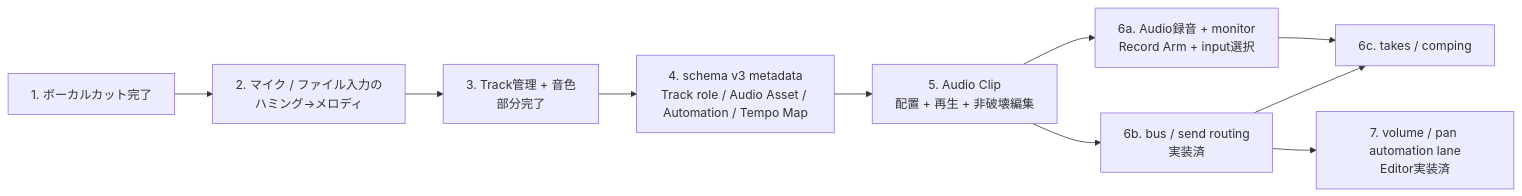
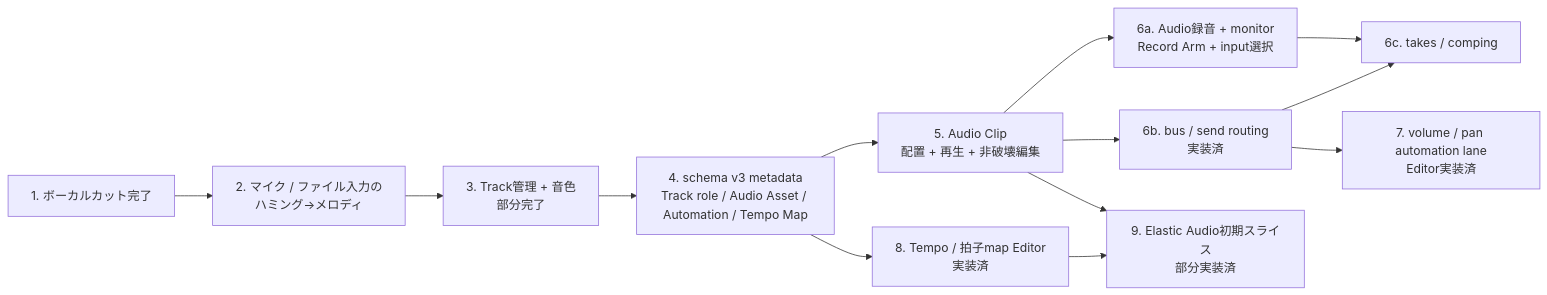
Before and after one commit to machaniconico/compose-tutor-studio: the diagram in docs/13_pro_daw_gap_matrix.md, drawn with Mermaid. The commit also changed other lines of this file and 76 other files, not shown here.

````diff
--- a/docs/13_pro_daw_gap_matrix.md
+++ b/docs/13_pro_daw_gap_matrix.md
@@ -84,12 +85,15 @@
 ```mermaid
 flowchart LR
   B1[1. ボーカルカット完了] --> B2[2. マイク / ファイル入力の<br/>ハミング→メロディ]
   B2 --> B3[3. Track管理 + 音色<br/>部分完了]
   B3 --> B4[4. schema v3 metadata<br/>Track role / Audio Asset / Automation / Tempo Map]
   B4 --> B5[5. Audio Clip<br/>配置 + 再生 + 非破壊編集]
   B5 --> B6A[6a. Audio録音 + monitor<br/>Record Arm + input選択]
   B5 --> B6B[6b. bus / send routing<br/>実装済]
   B6B --> B7[7. volume / pan automation lane<br/>Editor実装済]
   B6A --> B6C[6c. takes / comping]
   B6B --> B6C
+  B4 --> B8[8. Tempo / 拍子map Editor<br/>実装済]
+  B5 --> B9[9. Elastic Audio初期スライス<br/>部分実装済]
+  B8 --> B9
 ```
````
